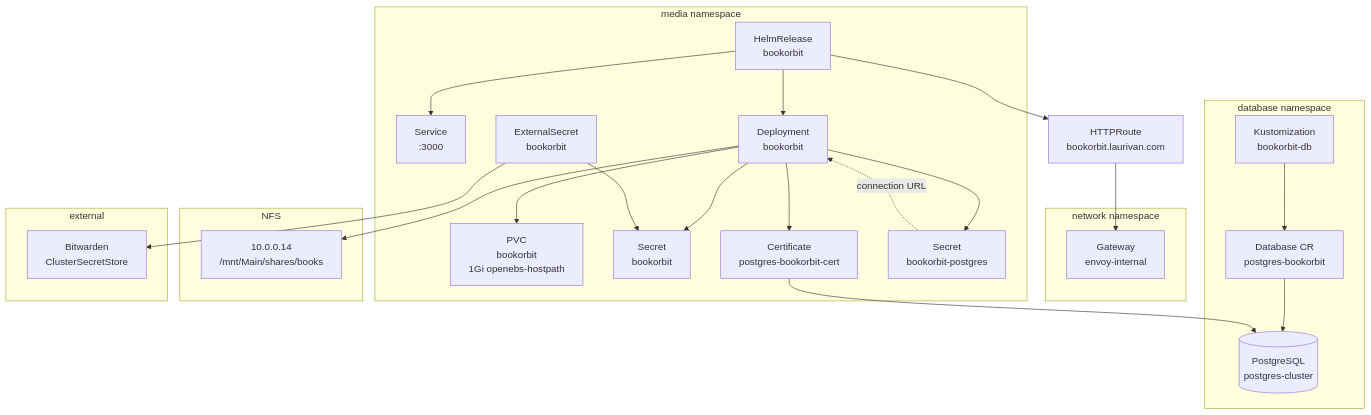
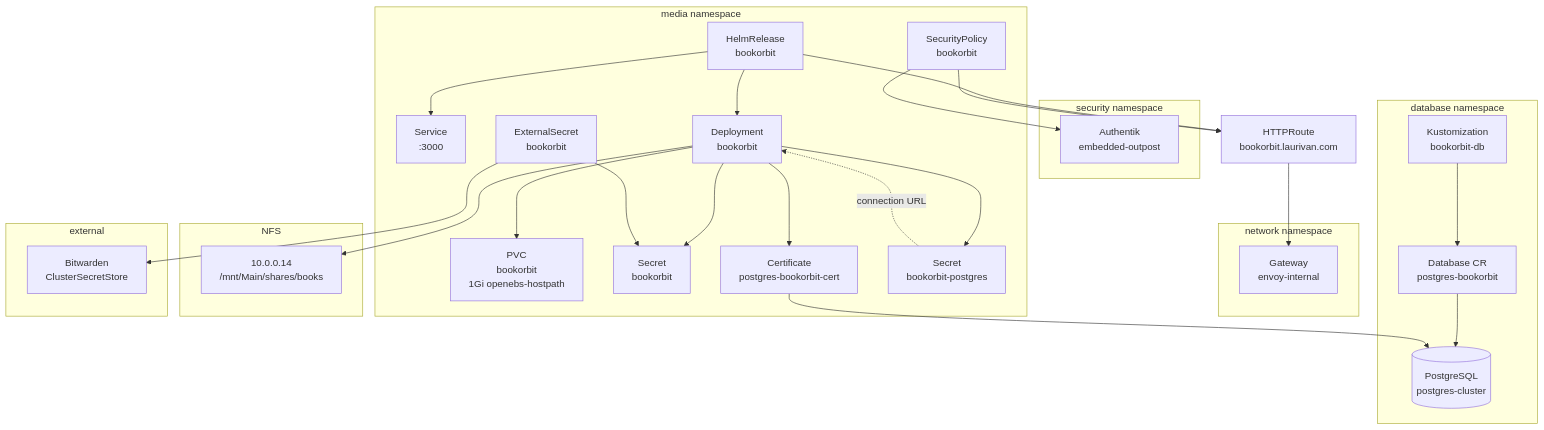
One commit to equinoxel/home-ops changed the diagram in kubernetes/apps/media/bookorbit/README.md. Above: the diagram before and after it, drawn with Mermaid. The commit also changed other lines of this file and 1 other file, not shown here.

First line of the commit message:
feat: add ext-auth (authentik) to bookorbit

````diff
--- a/kubernetes/apps/media/bookorbit/README.md
+++ b/kubernetes/apps/media/bookorbit/README.md
@@ -10,47 +10,54 @@
 ```mermaid
 graph TD
     subgraph media namespace
         HR[HelmRelease<br/>bookorbit]
         SVC[Service<br/>:3000]
         DEP[Deployment<br/>bookorbit]
         PVC[PVC<br/>bookorbit<br/>1Gi openebs-hostpath]
         ES[ExternalSecret<br/>bookorbit]
         SEC[Secret<br/>bookorbit]
         CERT[Certificate<br/>postgres-bookorbit-cert]
         DBSEC[Secret<br/>bookorbit-postgres]
+        SP[SecurityPolicy<br/>bookorbit]
     end
 
     subgraph network namespace
         GW[Gateway<br/>envoy-internal]
+    end
+
+    subgraph security namespace
+        AK[Authentik<br/>embedded-outpost]
     end
 
     subgraph database namespace
         DB[(PostgreSQL<br/>postgres-cluster)]
         DBKS[Kustomization<br/>bookorbit-db]
         DBOBJ[Database CR<br/>postgres-bookorbit]
     end
 
     subgraph NFS
         NFS_BOOKS[10.0.0.14<br/>/mnt/Main/shares/books]
     end
 
     subgraph external
         BW[Bitwarden<br/>ClusterSecretStore]
     end
 
     HR --> DEP
     HR --> SVC
     HR --> ROUTE[HTTPRoute<br/>bookorbit.laurivan.com]
     ROUTE --> GW
+    SP --> ROUTE
+    SP --> AK
     DEP --> PVC
     DEP --> NFS_BOOKS
     DEP --> CERT
     DEP --> DBSEC
     DEP --> SEC
     ES --> BW
     ES --> SEC
     DBKS --> DBOBJ
     DBOBJ --> DB
     CERT --> DB
     DBSEC -.->|connection URL| DEP
 ```
````
